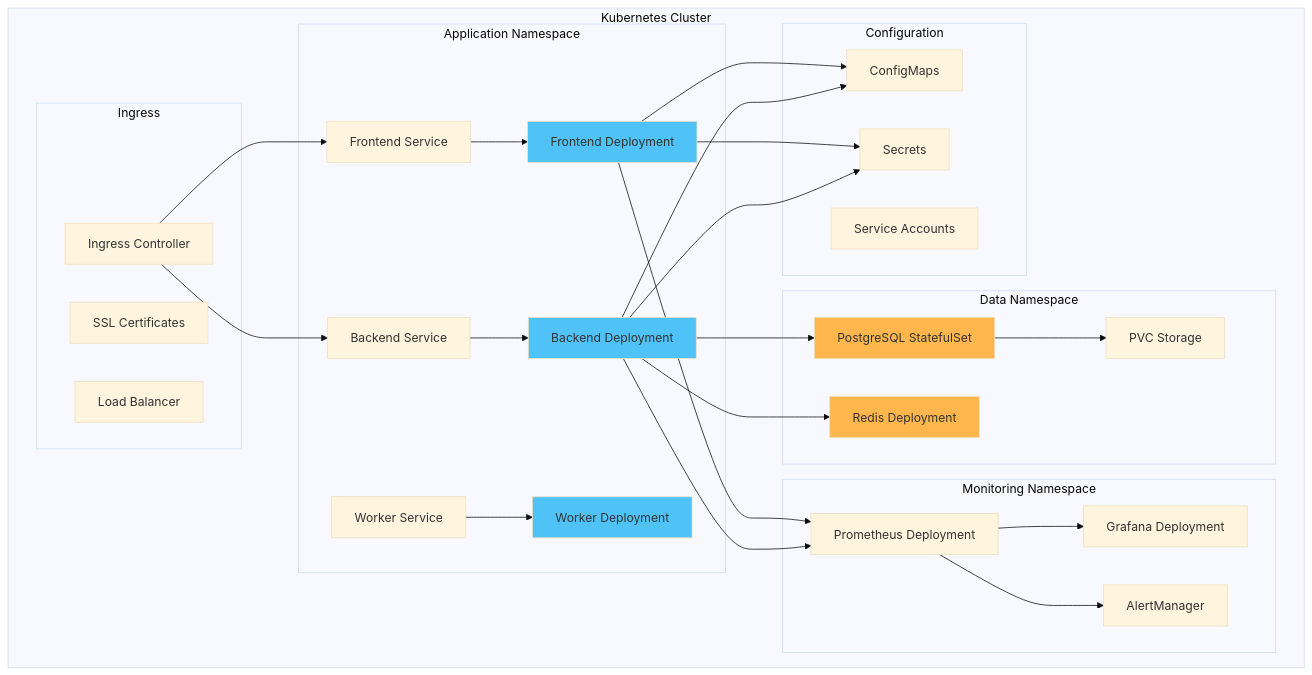
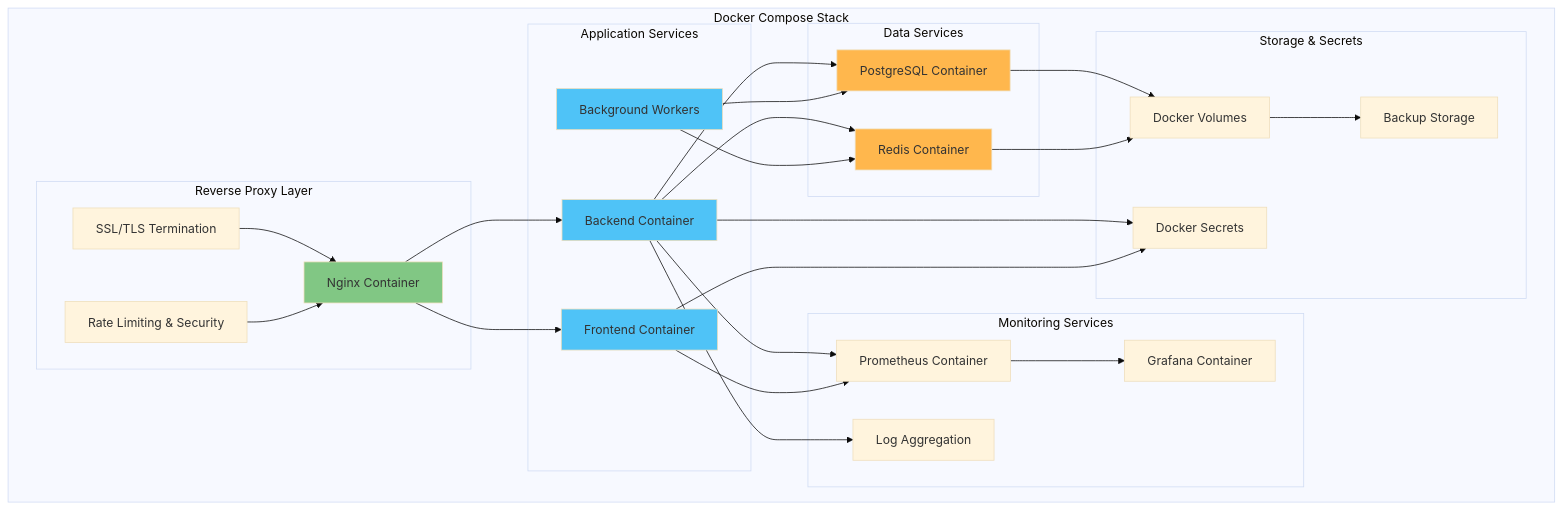
The third of 11 diagrams in docs/visuals/deployment-architecture.md (KingInYellow18/medianest), drawn with Mermaid (base theme) before and after one commit. The commit also changed other lines of this file and 11 other files, not shown here.

First line of the commit message:
docs: update all documentation for Docker Compose-only deployment

````diff
--- a/docs/visuals/deployment-architecture.md
+++ b/docs/visuals/deployment-architecture.md
@@ -132,64 +132,62 @@
 ```mermaid
 graph TB
-    subgraph "Kubernetes Cluster"
-        subgraph "Ingress"
-            A[Ingress Controller]
-            B[SSL Certificates]
-            C[Load Balancer]
+    subgraph "Docker Compose Stack"
+        subgraph "Reverse Proxy Layer"
+            A[Nginx Container]
+            B[SSL/TLS Termination]
+            C[Rate Limiting & Security]
         end
         
-        subgraph "Application Namespace"
-            D[Frontend Deployment]
-            E[Backend Deployment]
-            F[Worker Deployment]
-            
-            G[Frontend Service]
-            H[Backend Service]
-            I[Worker Service]
+        subgraph "Application Services"
+            D[Frontend Container]
+            E[Backend Container]
+            F[Background Workers]
         end
         
-        subgraph "Data Namespace"
-            J[PostgreSQL StatefulSet]
-            K[Redis Deployment]
-            L[PVC Storage]
+        subgraph "Data Services"
+            G[PostgreSQL Container]
+            H[Redis Container]
         end
         
-        subgraph "Monitoring Namespace"
-            M[Prometheus Deployment]
-            N[Grafana Deployment]
-            O[AlertManager]
+        subgraph "Monitoring Services"
+            I[Prometheus Container]
+            J[Grafana Container]
+            K[Log Aggregation]
         end
         
-        subgraph "Configuration"
-            P[ConfigMaps]
-            Q[Secrets]
-            R[Service Accounts]
+        subgraph "Storage & Secrets"
+            L[Docker Volumes]
+            M[Docker Secrets]
+            N[Backup Storage]
         end
     end
     
-    A --> G
-    A --> H
-    G --> D
-    H --> E
-    I --> F
+    A --> D
+    A --> E
+    B --> A
+    C --> A
     
-    E --> J
+    E --> G
+    E --> H
+    F --> G
+    F --> H
+    
+    E --> I
+    D --> I
+    I --> J
     E --> K
-    J --> L
     
+    G --> L
+    H --> L
+    E --> M
     D --> M
-    E --> M
-    M --> N
-    M --> O
     
-    D --> P
-    E --> P
-    D --> Q
-    E --> Q
+    L --> N
     
     style D fill:#4fc3f7
     style E fill:#4fc3f7
     style F fill:#4fc3f7
-    style J fill:#ffb74d
-    style K fill:#ffb74d
+    style G fill:#ffb74d
+    style H fill:#ffb74d
+    style A fill:#81c784
 ```
````
